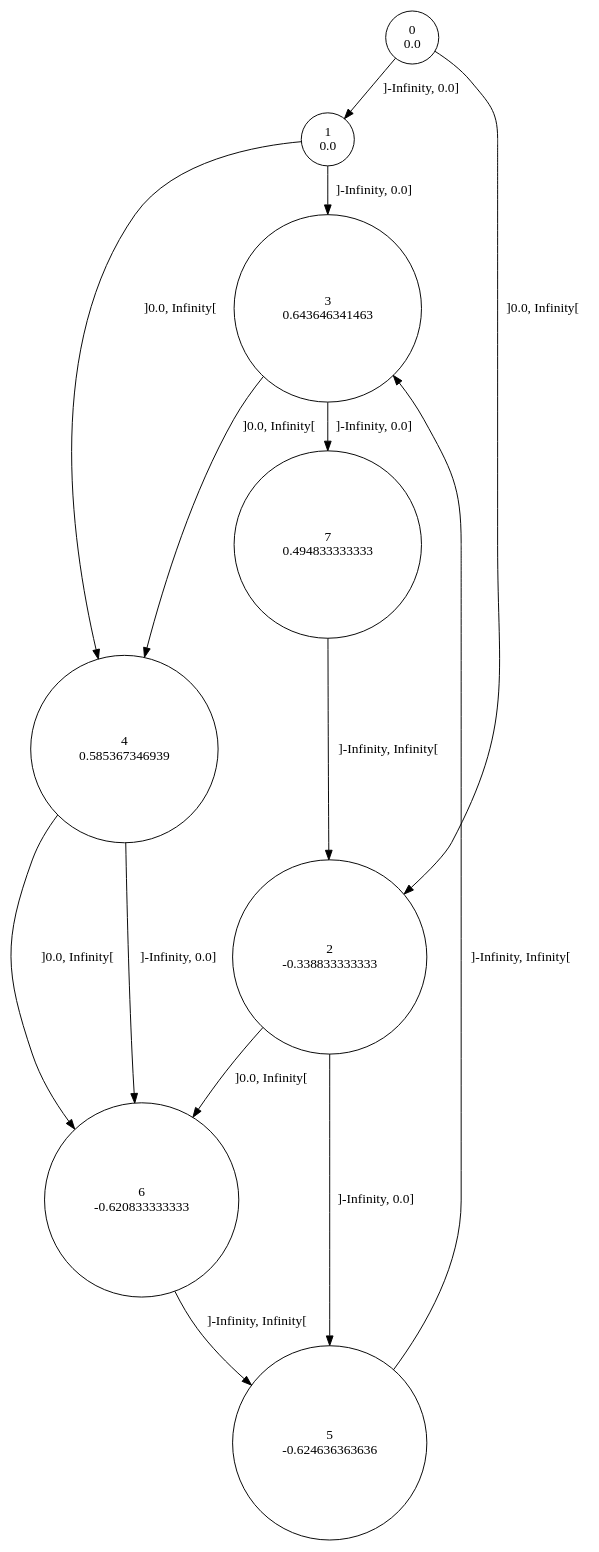
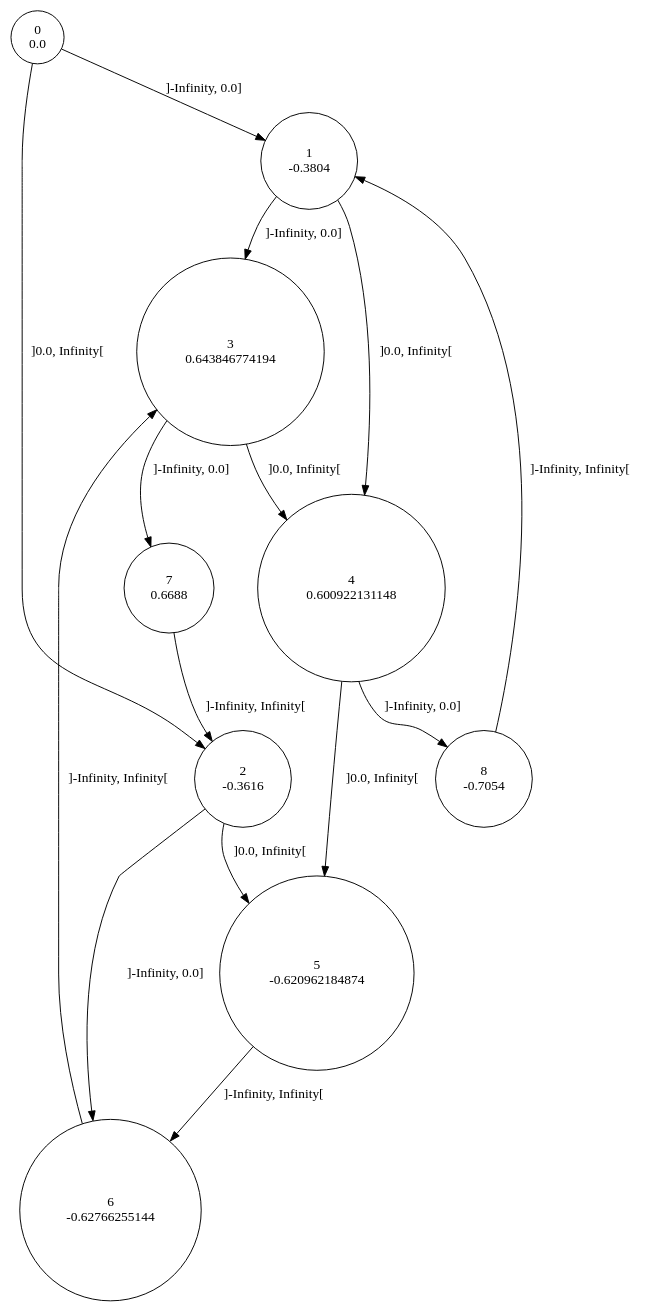
Before and after one commit to gllpellegrino/RAI_experiments: the diagram in sinus/data/9/rtisy.dot, drawn with Graphviz. The commit also changed 810 other files, not shown here.

```diff
--- a/sinus/data/9/rtisy.dot
+++ b/sinus/data/9/rtisy.dot
@@ -1,23 +1,25 @@
 digraph a {
 0 [shape=circle, label="0\n0.0"];
 	0 -> 1 [label="]-Infinity, 0.0]"];
 	0 -> 2 [label="]0.0, Infinity["];
-1 [shape=circle, label="1\n0.0"];
+1 [shape=circle, label="1\n-0.3804"];
 	1 -> 3 [label="]-Infinity, 0.0]"];
 	1 -> 4 [label="]0.0, Infinity["];
-2 [shape=circle, label="2\n-0.338833333333"];
-	2 -> 5 [label="]-Infinity, 0.0]"];
-	2 -> 6 [label="]0.0, Infinity["];
-3 [shape=circle, label="3\n0.643646341463"];
+2 [shape=circle, label="2\n-0.3616"];
+	2 -> 6 [label="]-Infinity, 0.0]"];
+	2 -> 5 [label="]0.0, Infinity["];
+3 [shape=circle, label="3\n0.643846774194"];
 	3 -> 7 [label="]-Infinity, 0.0]"];
 	3 -> 4 [label="]0.0, Infinity["];
-4 [shape=circle, label="4\n0.585367346939"];
-	4 -> 6 [label="]-Infinity, 0.0]"];
-	4 -> 6 [label="]0.0, Infinity["];
-5 [shape=circle, label="5\n-0.624636363636"];
-	5 -> 3 [label="]-Infinity, Infinity["];
-6 [shape=circle, label="6\n-0.620833333333"];
-	6 -> 5 [label="]-Infinity, Infinity["];
-7 [shape=circle, label="7\n0.494833333333"];
+4 [shape=circle, label="4\n0.600922131148"];
+	4 -> 8 [label="]-Infinity, 0.0]"];
+	4 -> 5 [label="]0.0, Infinity["];
+5 [shape=circle, label="5\n-0.620962184874"];
+	5 -> 6 [label="]-Infinity, Infinity["];
+6 [shape=circle, label="6\n-0.62766255144"];
+	6 -> 3 [label="]-Infinity, Infinity["];
+7 [shape=circle, label="7\n0.6688"];
 	7 -> 2 [label="]-Infinity, Infinity["];
+8 [shape=circle, label="8\n-0.7054"];
+	8 -> 1 [label="]-Infinity, Infinity["];
 }
```
